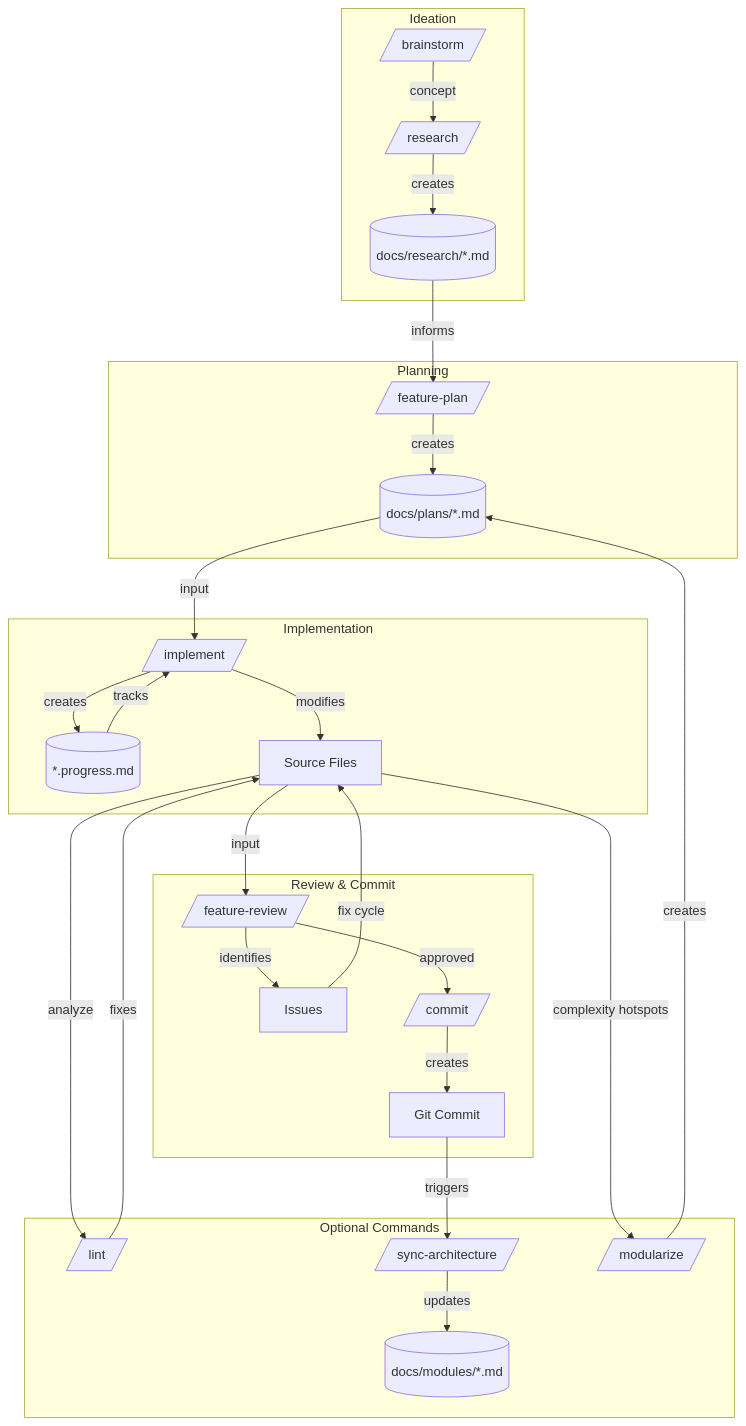
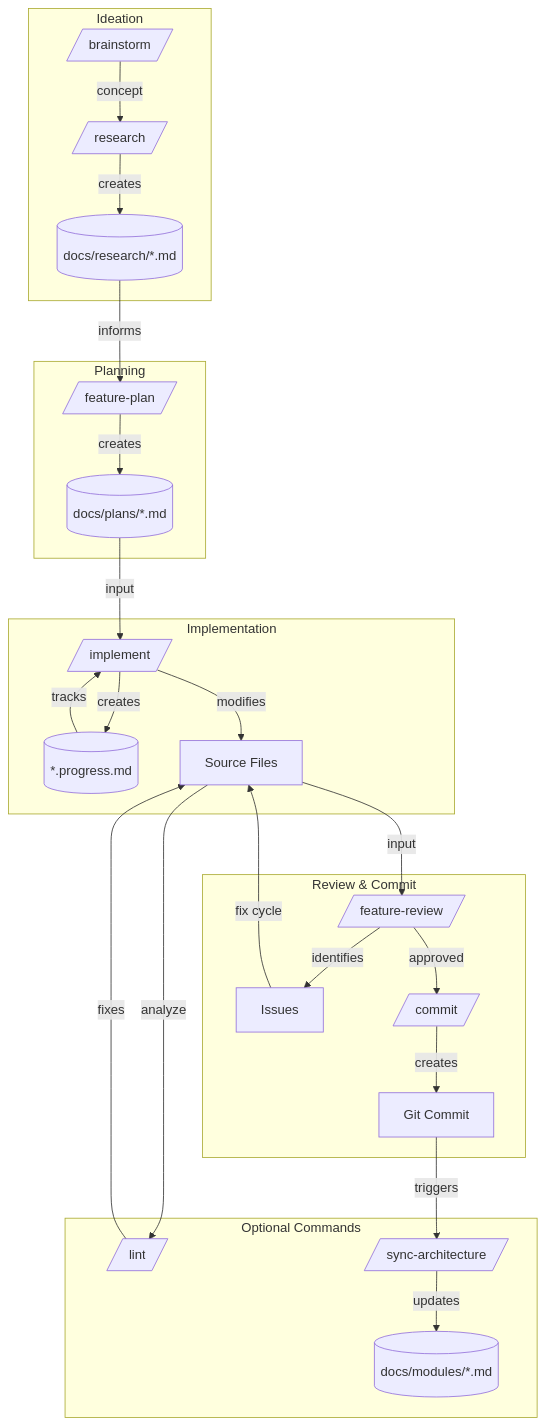
The diagram in docs/workflow.md (EvanLavender13/audio-jones), drawn with Mermaid before and after one commit. The commit also changed other lines of this file, not shown here.

First line of the commit message:
Update workflow docs: remove modularize, enhance lint description

````diff
--- a/docs/workflow.md
+++ b/docs/workflow.md
@@ -7,42 +7,40 @@
 ```mermaid
 flowchart TD
     subgraph Ideation[Ideation]
         BS[/brainstorm/] -->|concept| RS[/research/]
         RS -->|creates| ResearchDoc[(docs/research/*.md)]
     end
 
     subgraph Plan[Planning]
         ResearchDoc -->|informs| FP[/feature-plan/]
         FP -->|creates| PlanDoc[(docs/plans/*.md)]
     end
 
     subgraph Implement[Implementation]
         PlanDoc -->|input| IMP[/implement/]
         IMP -->|creates| Progress[(*.progress.md)]
         IMP -->|modifies| Code[Source Files]
         Progress -->|tracks| IMP
     end
 
     subgraph Review[Review & Commit]
         Code -->|input| FR[/feature-review/]
         FR -->|identifies| Issues[Issues]
         Issues -->|fix cycle| Code
         FR -->|approved| COM[/commit/]
         COM -->|creates| Commit[Git Commit]
     end
 
     subgraph Optional[Optional Commands]
         Code -->|analyze| LINT[/lint/]
         LINT -->|fixes| Code
         Commit -->|triggers| SYNC[/sync-architecture/]
         SYNC -->|updates| Docs[(docs/modules/*.md)]
-        Code -->|complexity hotspots| MOD[/modularize/]
-        MOD -->|creates| PlanDoc
     end
 
 %% Legend:
 %% [/command/] slash command
 %% [(file)] document or file
 %% [name] code artifact
 %% → action (label describes relationship)
 ```
````
